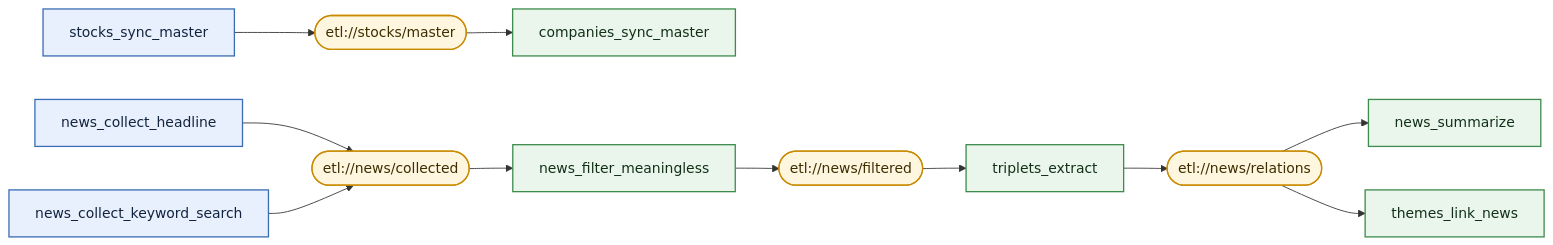
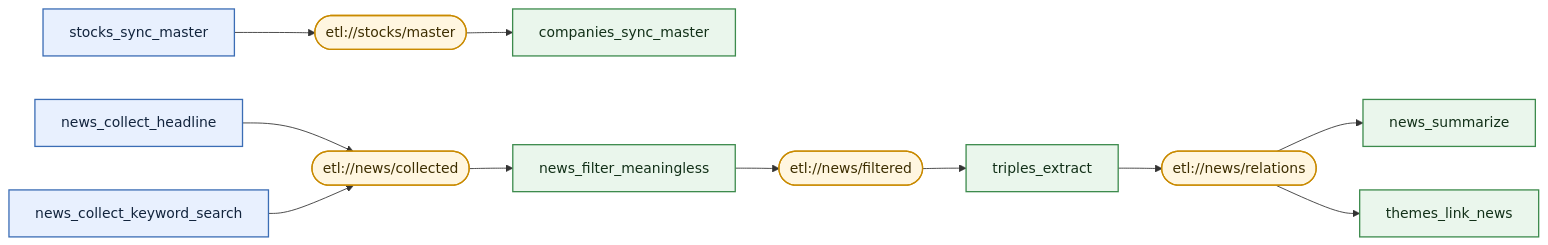
Before and after one commit to swmaestro-3back/finngraph-etl: the second of 2 diagrams in dags/README.md, drawn with Mermaid. The commit also changed other lines of this file and 48 other files, not shown here.

````diff
--- a/dags/README.md
+++ b/dags/README.md
@@ -65,22 +65,22 @@
 ```mermaid
 flowchart LR
     %% ===== stocks =====
     SSM[stocks_sync_master] --> A_MST(["etl://stocks/master"]) --> CSM[companies_sync_master]
 
     %% ===== news =====
     NCH[news_collect_headline] --> A_COL(["etl://news/collected"])
     NCK[news_collect_keyword_search] --> A_COL
     A_COL --> NFM[news_filter_meaningless] --> A_FIL(["etl://news/filtered"])
-    A_FIL --> TE[triplets_extract] --> A_REL(["etl://news/relations"]) --> NS[news_summarize]
+    A_FIL --> TE[triples_extract] --> A_REL(["etl://news/relations"]) --> NS[news_summarize]
 
     %% ===== themes =====
     A_REL --> TLN[themes_link_news]
 
     classDef cron fill:#e8f0fe,stroke:#3b6db5,stroke-width:1.5px,color:#12243d
     classDef asset fill:#fff6e0,stroke:#c98a00,stroke-width:1.5px,color:#3d2e00
     classDef consumer fill:#eaf6ec,stroke:#3d8b4d,stroke-width:1.5px,color:#123018
 
     class SSM,NCH,NCK cron
     class A_MST,A_COL,A_FIL,A_REL asset
     class CSM,NFM,TE,NS,TLN consumer
 ```
````
